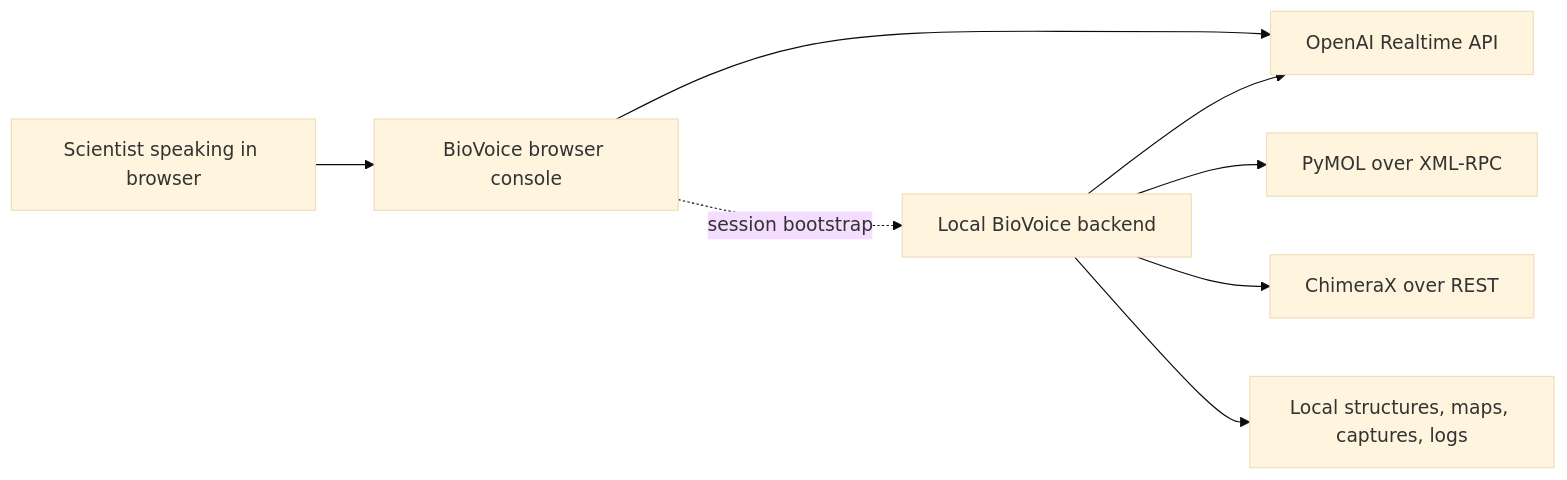
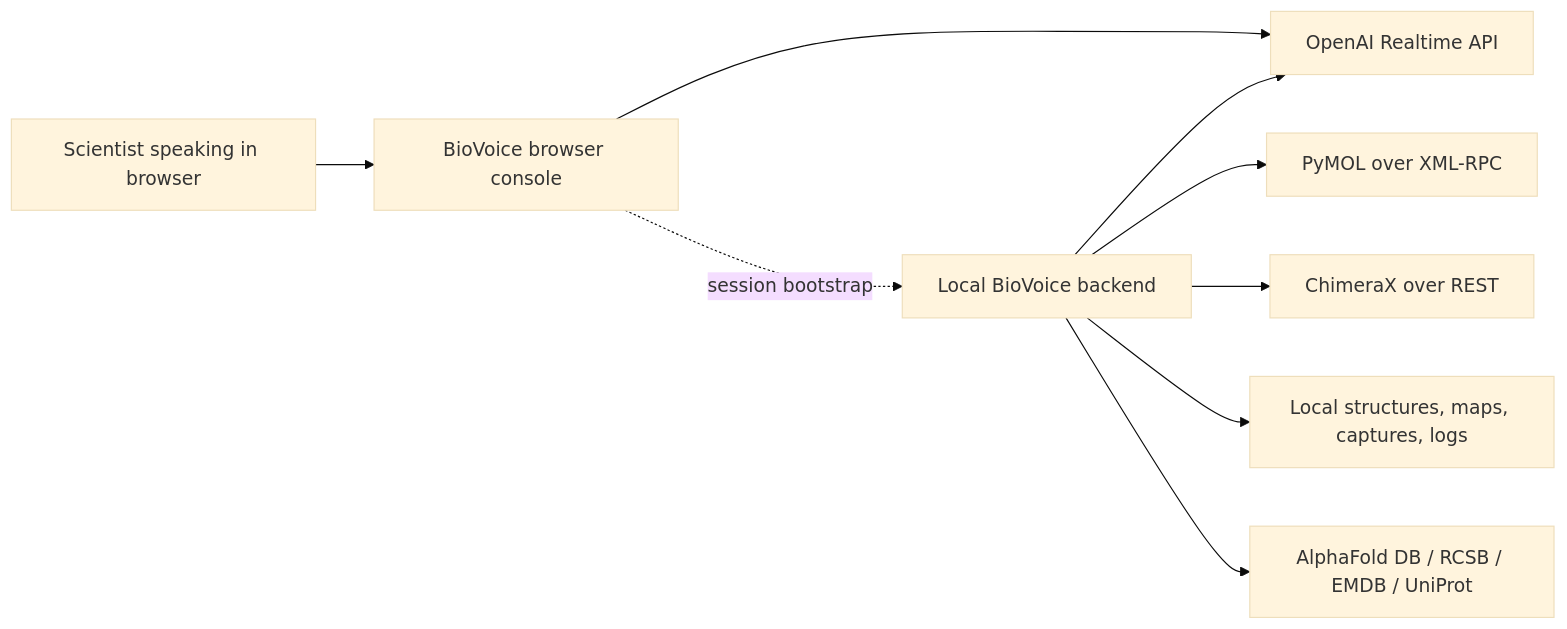
The first of 2 diagrams in docs/architecture.md (jvogan/biovoice), drawn with Mermaid (base theme) before and after one commit. The commit also changed other lines of this file and 49 other files, not shown here.

````diff
--- a/docs/architecture.md
+++ b/docs/architecture.md
@@ -7,10 +7,11 @@
 ```mermaid
 flowchart LR
   User["Scientist speaking in browser"] --> Browser["BioVoice browser console"]
   Browser --> OpenAI["OpenAI Realtime API"]
   Browser -. session bootstrap .-> Server["Local BioVoice backend"]
   Server --> OpenAI
   Server --> PyMOL["PyMOL over XML-RPC"]
   Server --> ChimeraX["ChimeraX over REST"]
   Server --> Files["Local structures, maps, captures, logs"]
+  Server --> Databases["AlphaFold DB / RCSB / EMDB / UniProt"]
 ```
````
